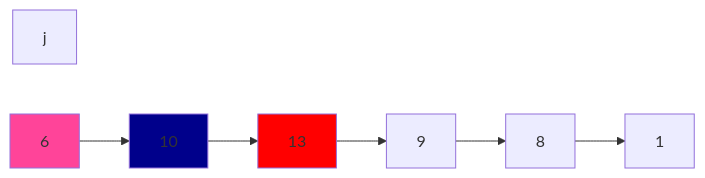
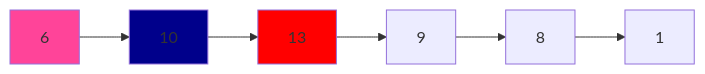
The second of 4 diagrams in algorithm/2156.md (hanlight910/TIL), drawn with Mermaid before and after one commit. The commit also changed other lines of this file and 1 other file, not shown here.

````diff
--- a/algorithm/2156.md
+++ b/algorithm/2156.md
@@ -48,8 +45,7 @@
 ```mermaid
 flowchart LR
-j
 id1[6] --> id3[10] --> id2[13] --> 9 --> 8 --> 1
 style id1 fill:#f49 
 style id3 fill:#00008B
 style id2 fill:#f00
 ```
````
